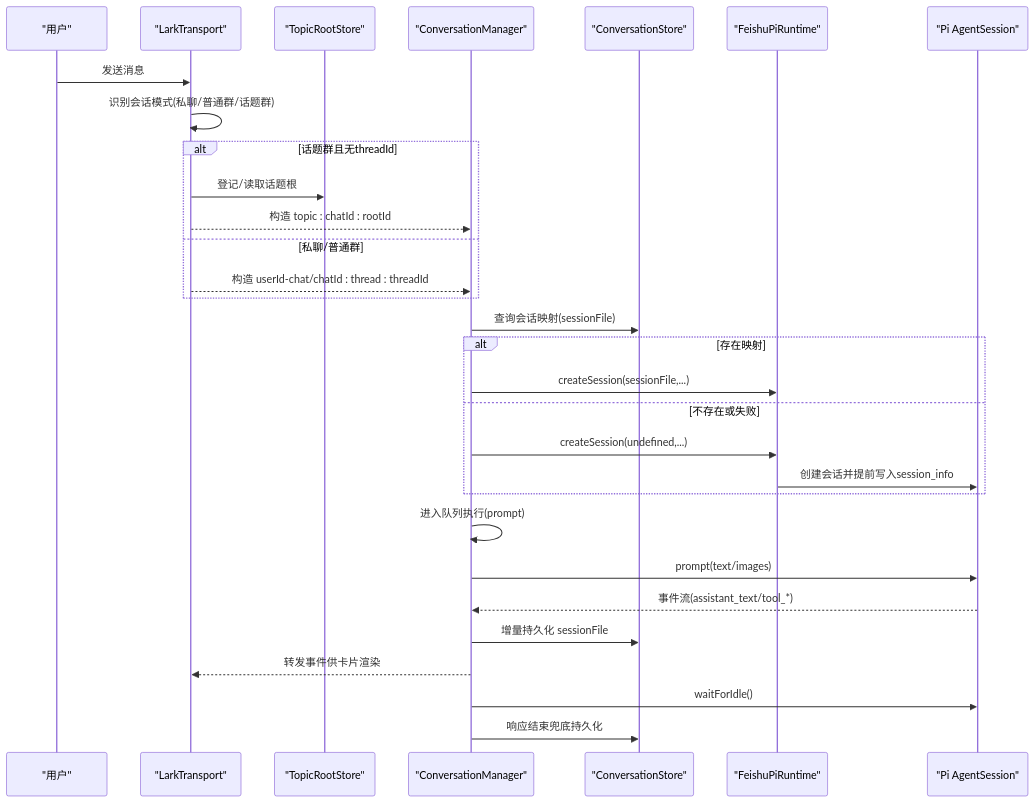
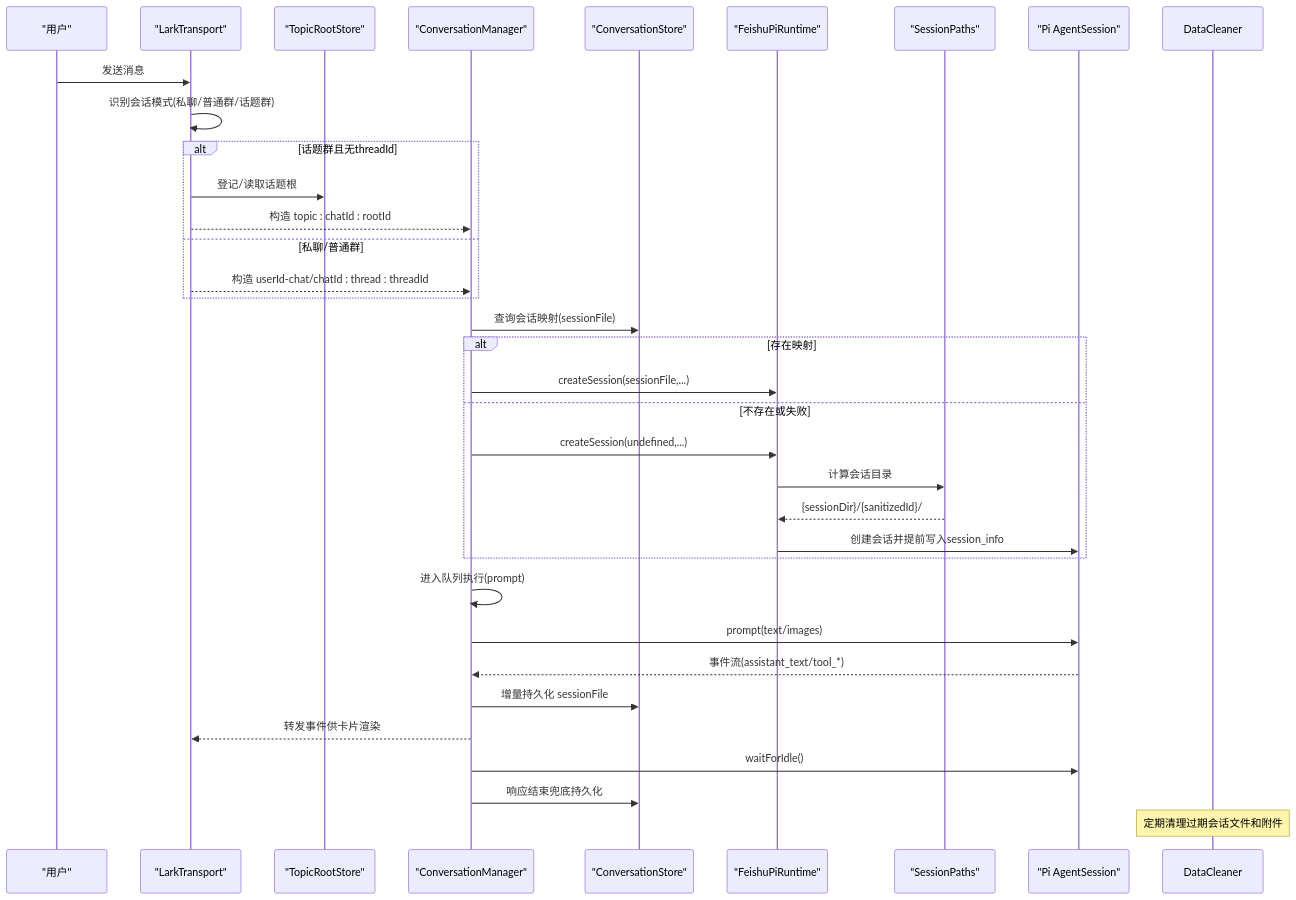
The second of 5 diagrams in .qoder/repowiki/zh/content/智能体运行时/会话管理.md (HeXiaoShu520/feishu-pi), drawn with Mermaid before and after one commit. The commit also changed other lines of this file and 47 other files, not shown here.

````diff
--- a/.qoder/repowiki/zh/content/智能体运行时/会话管理.md
+++ b/.qoder/repowiki/zh/content/智能体运行时/会话管理.md
@@ -96,32 +123,36 @@
 ```mermaid
 sequenceDiagram
 participant User as "用户"
 participant Transport as "LarkTransport"
 participant Topic as "TopicRootStore"
 participant Manager as "ConversationManager"
 participant Store as "ConversationStore"
 participant Runtime as "FeishuPiRuntime"
+participant Paths as "SessionPaths"
 participant Pi as "Pi AgentSession"
 User->>Transport : 发送消息
 Transport->>Transport : 识别会话模式(私聊/普通群/话题群)
 alt 话题群且无threadId
 Transport->>Topic : 登记/读取话题根
 Transport-->>Manager : 构造 topic : chatId : rootId
 else 私聊/普通群
 Transport-->>Manager : 构造 userId-chat/chatId : thread : threadId
 end
 Manager->>Store : 查询会话映射(sessionFile)
 alt 存在映射
 Manager->>Runtime : createSession(sessionFile,...)
 else 不存在或失败
 Manager->>Runtime : createSession(undefined,...)
+Runtime->>Paths : 计算会话目录
+Paths-->>Runtime : {sessionDir}/{sanitizedId}/
 Runtime->>Pi : 创建会话并提前写入session_info
 end
 Manager->>Manager : 进入队列执行(prompt)
 Manager->>Pi : prompt(text/images)
 Pi-->>Manager : 事件流(assistant_text/tool_*)
 Manager->>Store : 增量持久化 sessionFile
 Manager-->>Transport : 转发事件供卡片渲染
 Manager->>Pi : waitForIdle()
 Manager->>Store : 响应结束兜底持久化
+Note over DataCleaner : 定期清理过期会话文件和附件
 ```
````
